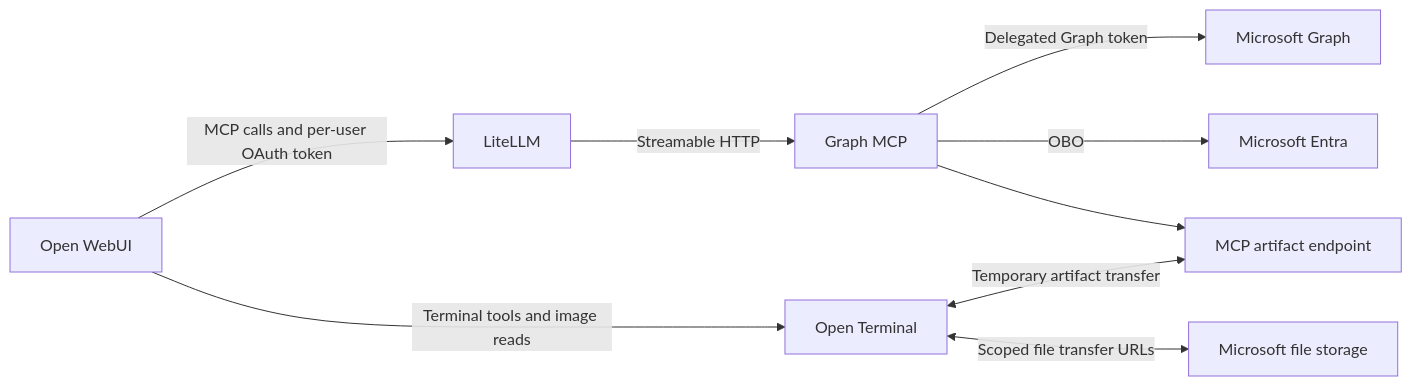
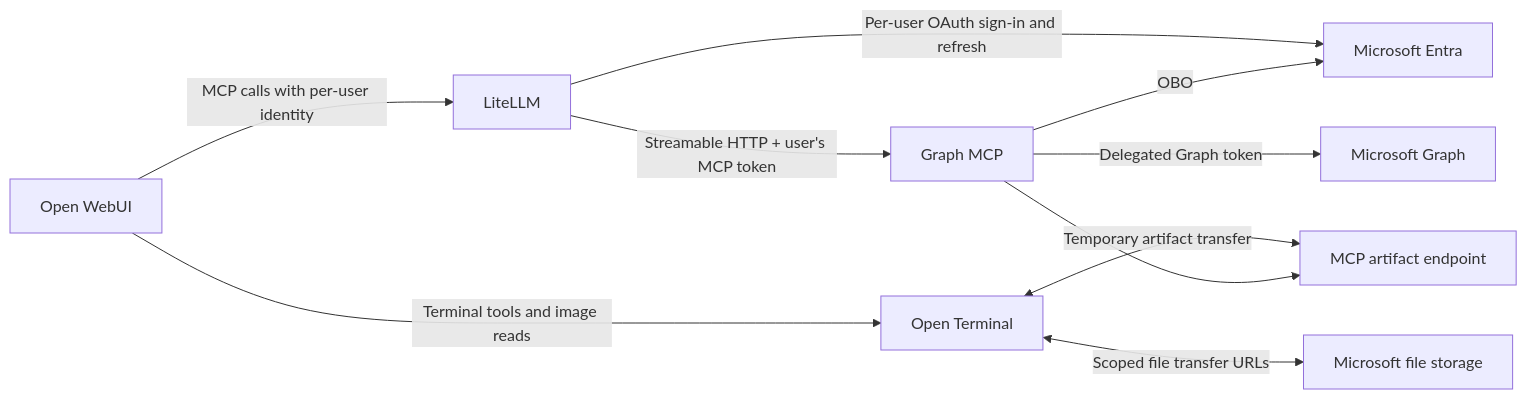
Before and after one commit to lewisco/ms-graph-mcp: the first of 3 diagrams in docs/architecture.md, drawn with Mermaid. The commit also changed other lines of this file and 21 other files, not shown here.

````diff
--- a/docs/architecture.md
+++ b/docs/architecture.md
@@ -34,11 +34,12 @@
 ```mermaid
 flowchart LR
-    U[Open WebUI] -->|MCP calls and per-user OAuth token| L[LiteLLM]
-    L -->|Streamable HTTP| M[Graph MCP]
+    U[Open WebUI] -->|MCP calls with per-user identity| L[LiteLLM]
+    L -->|Per-user OAuth sign-in and refresh| E
+    L -->|Streamable HTTP + user's MCP token| M[Graph MCP]
     M -->|Delegated Graph token| G[Microsoft Graph]
     U -->|Terminal tools and image reads| T[Open Terminal]
     T <-->|Scoped file transfer URLs| S[Microsoft file storage]
     T <-->|Temporary artifact transfer| A[MCP artifact endpoint]
     M --> A
     M -->|OBO| E[Microsoft Entra]
 ```
````
